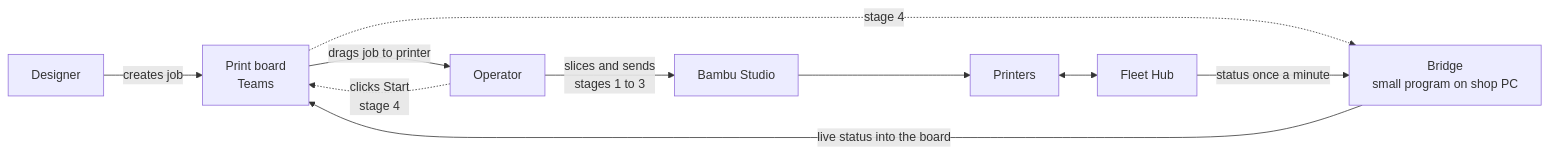
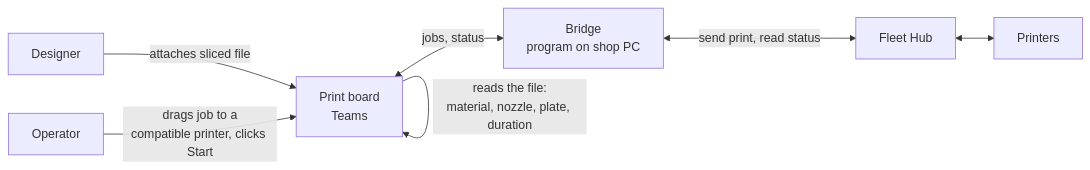
The diagram in docs/farm-integration-strategy.md (221twoseven/print-farm-scheduler), drawn with Mermaid before and after one commit. The commit also changed other lines of this file and 2 other files, not shown here.

````diff
--- a/docs/farm-integration-strategy.md
+++ b/docs/farm-integration-strategy.md
@@ -53,12 +38,9 @@
 ```mermaid
 flowchart LR
-    D[Designer] -->|creates job| B[Print board<br/>Teams]
-    B -->|drags job to printer| O[Operator]
-    O -->|slices and sends<br/>stages 1 to 3| S[Bambu Studio]
-    O -.->|clicks Start<br/>stage 4| B
-    S --> P[Printers]
-    B -.->|stage 4| BR
-    P <--> H[Fleet Hub]
-    H -->|status once a minute| BR[Bridge<br/>small program on shop PC]
-    BR -->|live status into the board| B
+    D[Designer] -->|attaches sliced file| B[Print board<br/>Teams]
+    B -->|reads the file:<br/>material, nozzle, plate, duration| B
+    O[Operator] -->|drags job to a<br/>compatible printer, clicks Start| B
+    B <-->|jobs, status| BR[Bridge<br/>program on shop PC]
+    BR <-->|send print, read status| H[Fleet Hub]
+    H <--> P[Printers]
 ```
````
